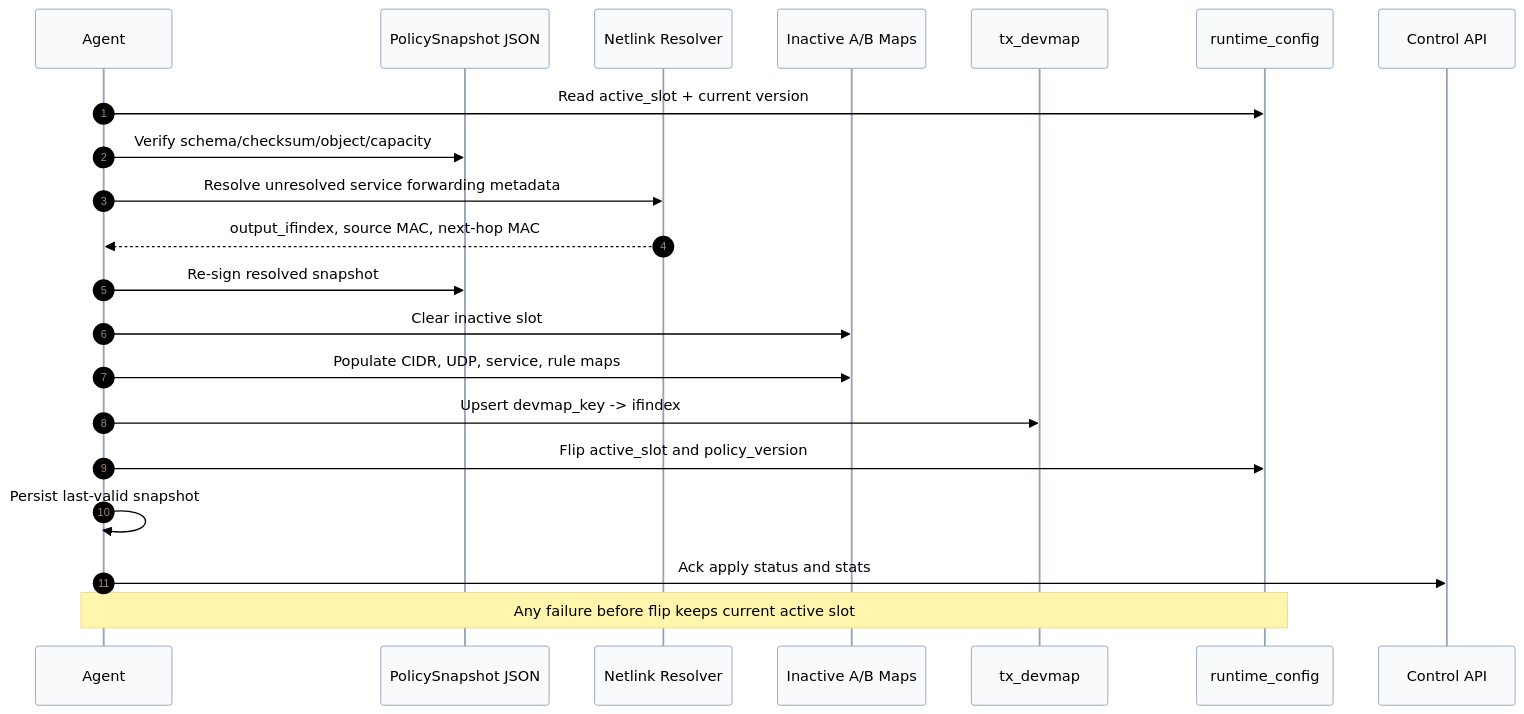
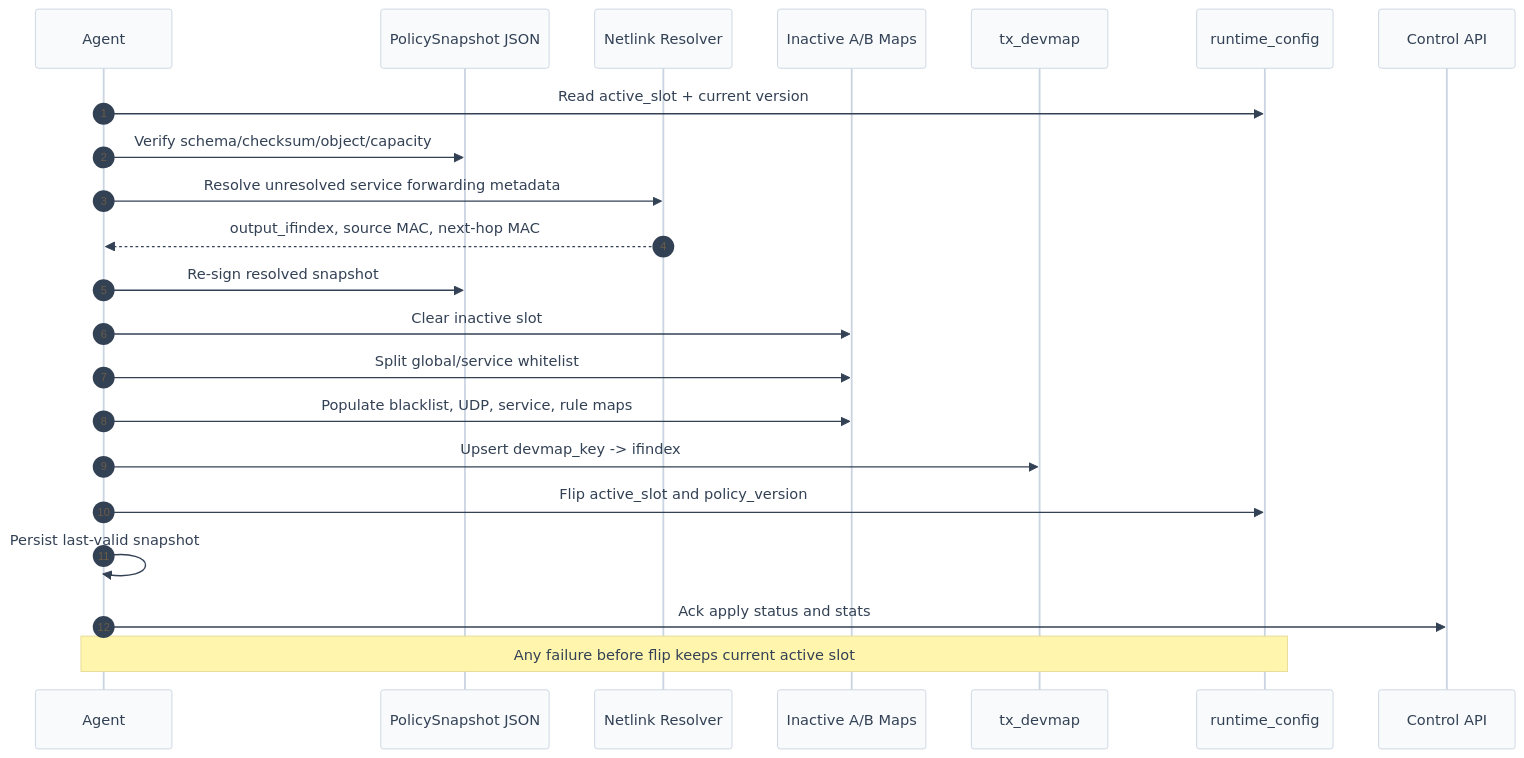
The diagram in docs/diagrams/low-level-design/policy-apply-ab-slot.mmd (ken9xkyo/anti-ddos), drawn with Mermaid before and after one commit. The commit also changed 9 other files, not shown here.

```diff
--- a/docs/diagrams/low-level-design/policy-apply-ab-slot.mmd
+++ b/docs/diagrams/low-level-design/policy-apply-ab-slot.mmd
@@ -1,23 +1,24 @@
-%%{init: {'theme':'base','themeVariables': {'primaryColor':'#f8fafc','primaryTextColor':'#000000','primaryBorderColor':'#94a3b8','lineColor':'#64748b','secondaryColor':'#e0f2fe','tertiaryColor':'#fef3c7','background':'#ffffff','mainBkg':'#ffffff','nodeBorder':'#94a3b8','clusterBkg':'#f8fafc','clusterBorder':'#cbd5e1','titleColor':'#000000','edgeLabelBackground':'#ffffff','textColor':'#000000','actorTextColor':'#000000','actorBkg':'#f8fafc','actorBorder':'#94a3b8','participantTextColor':'#000000','participantBkg':'#f8fafc','participantBorder':'#94a3b8','labelTextColor':'#000000','loopTextColor':'#000000','noteTextColor':'#000000'}}}%%
+%%{init: {'theme': 'base', 'themeVariables': {'primaryColor': '#4f46e5', 'primaryTextColor': '#ffffff', 'primaryBorderColor': '#3730a3', 'lineColor': '#94a3b8', 'secondaryColor': '#10b981', 'tertiaryColor': '#f59e0b', 'background': '#ffffff', 'mainBkg': '#f8fafc', 'nodeBorder': '#cbd5e1', 'clusterBkg': '#f1f5f9', 'clusterBorder': '#e2e8f0', 'titleColor': '#1e293b', 'edgeLabelBackground': '#ffffff', 'textColor': '#334155', 'actorTextColor': '#334155', 'actorBkg': '#f8fafc', 'actorBorder': '#cbd5e1', 'participantTextColor': '#334155', 'participantBkg': '#f8fafc', 'participantBorder': '#cbd5e1', 'labelTextColor': '#334155', 'loopTextColor': '#334155', 'noteTextColor': '#334155'}}}%%
 sequenceDiagram
     autonumber
     participant Agent
     participant Snapshot as PolicySnapshot JSON
     participant Resolver as Netlink Resolver
     participant Maps as Inactive A/B Maps
     participant Devmap as tx_devmap
     participant Runtime as runtime_config
     participant Control as Control API
 
     Agent->>Runtime: Read active_slot + current version
     Agent->>Snapshot: Verify schema/checksum/object/capacity
     Agent->>Resolver: Resolve unresolved service forwarding metadata
     Resolver-->>Agent: output_ifindex, source MAC, next-hop MAC
     Agent->>Snapshot: Re-sign resolved snapshot
     Agent->>Maps: Clear inactive slot
-    Agent->>Maps: Populate CIDR, UDP, service, rule maps
+    Agent->>Maps: Split global/service whitelist
+    Agent->>Maps: Populate blacklist, UDP, service, rule maps
     Agent->>Devmap: Upsert devmap_key -> ifindex
     Agent->>Runtime: Flip active_slot and policy_version
     Agent->>Agent: Persist last-valid snapshot
     Agent->>Control: Ack apply status and stats
     Note over Agent,Runtime: Any failure before flip keeps current active slot
```
